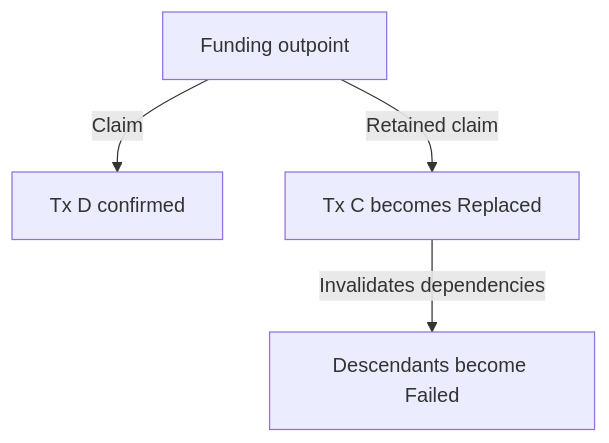
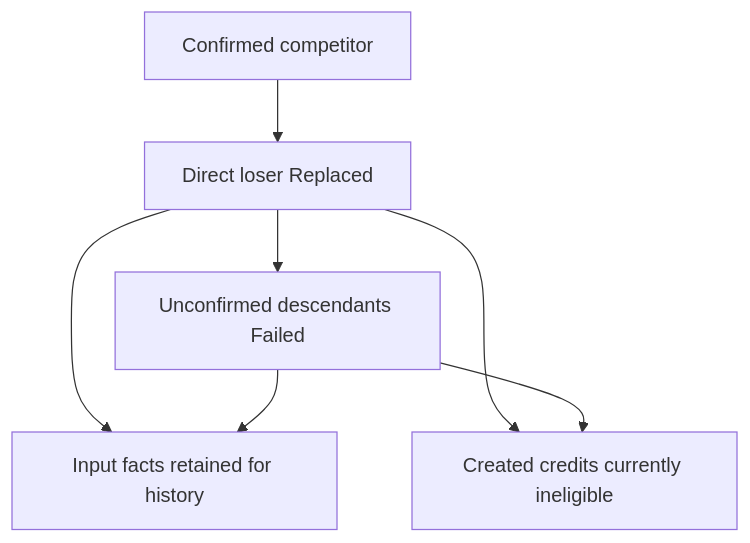
The sixth of 6 diagrams in docs/developer/utxo_data_model.md (btcsuite/btcwallet), drawn with Mermaid before and after one commit. The commit also changed other lines of this file and 1 other file, not shown here.

````diff
--- a/docs/developer/utxo_data_model.md
+++ b/docs/developer/utxo_data_model.md
@@ -339,8 +290,10 @@
 ```mermaid
 graph TD
-    %% Distinguish the direct losing root from its invalidated descendants.
-    %% D's confirmation establishes the spend; retain C's input facts.
-    Input[Funding outpoint] -->|Claim| D[Tx D confirmed]
-    Input -->|Retained claim| C[Tx C becomes Replaced]
-    C -->|Invalidates dependencies| Children[Descendants become Failed]
+    %% Status changes suppress eligibility without deleting historical input facts.
+    D[Confirmed competitor] --> C[Direct loser Replaced]
+    C --> Child[Unconfirmed descendants Failed]
+    C --> Facts[Input facts retained for history]
+    Child --> Facts
+    C --> Credits[Created credits currently ineligible]
+    Child --> Credits
 ```
````
